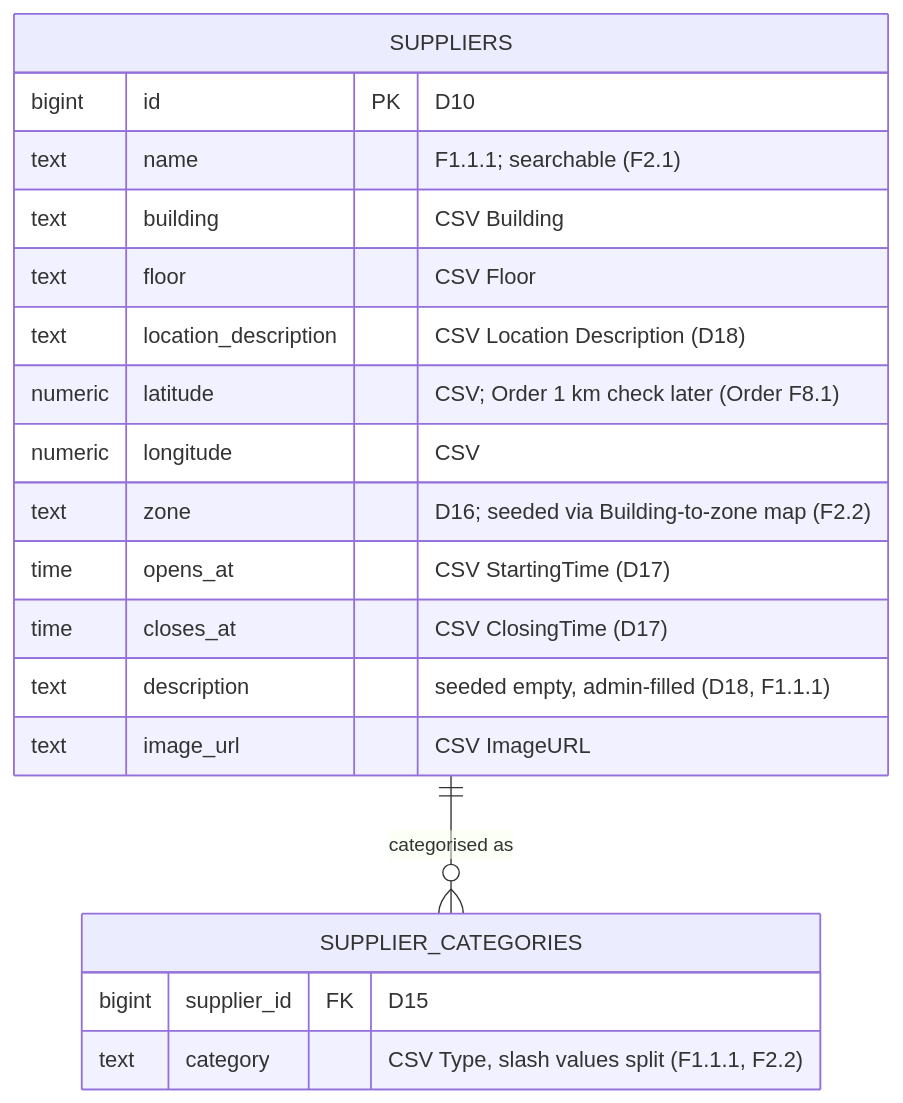
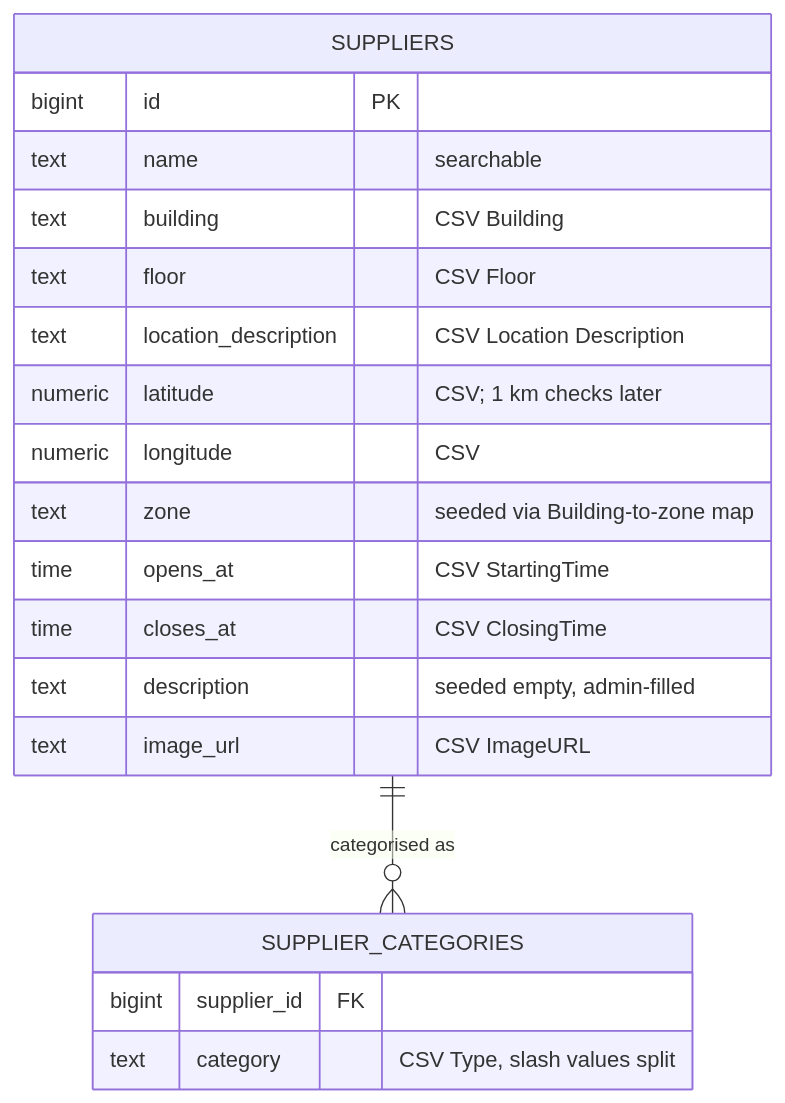
The ninth of 9 diagrams in docs/d2-design.md (AY2627S1-CS3219-P23/foc), drawn with Mermaid before and after one commit. The commit also changed other lines of this file and 2 other files, not shown here.

````diff
--- a/docs/d2-design.md
+++ b/docs/d2-design.md
@@ -402,22 +364,22 @@
 ```mermaid
 erDiagram
     SUPPLIERS {
-        bigint id PK "D10"
-        text name "F1.1.1; searchable (F2.1)"
+        bigint id PK
+        text name "searchable"
         text building "CSV Building"
         text floor "CSV Floor"
-        text location_description "CSV Location Description (D18)"
-        numeric latitude "CSV; Order 1 km check later (Order F8.1)"
+        text location_description "CSV Location Description"
+        numeric latitude "CSV; 1 km checks later"
         numeric longitude "CSV"
-        text zone "D16; seeded via Building-to-zone map (F2.2)"
-        time opens_at "CSV StartingTime (D17)"
-        time closes_at "CSV ClosingTime (D17)"
-        text description "seeded empty, admin-filled (D18, F1.1.1)"
+        text zone "seeded via Building-to-zone map"
+        time opens_at "CSV StartingTime"
+        time closes_at "CSV ClosingTime"
+        text description "seeded empty, admin-filled"
         text image_url "CSV ImageURL"
     }
     SUPPLIER_CATEGORIES {
-        bigint supplier_id FK "D15"
-        text category "CSV Type, slash values split (F1.1.1, F2.2)"
+        bigint supplier_id FK
+        text category "CSV Type, slash values split"
     }
     SUPPLIERS ||--o{ SUPPLIER_CATEGORIES : "categorised as"
 ```
````
